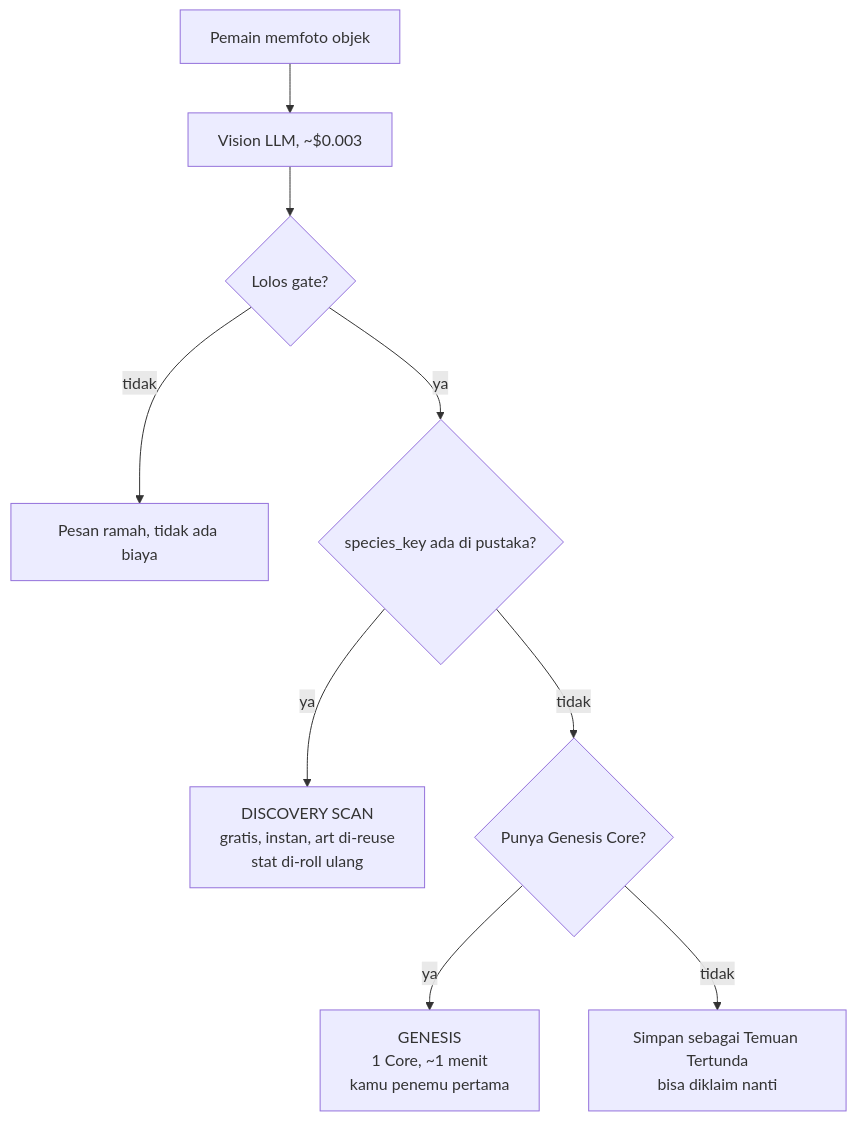
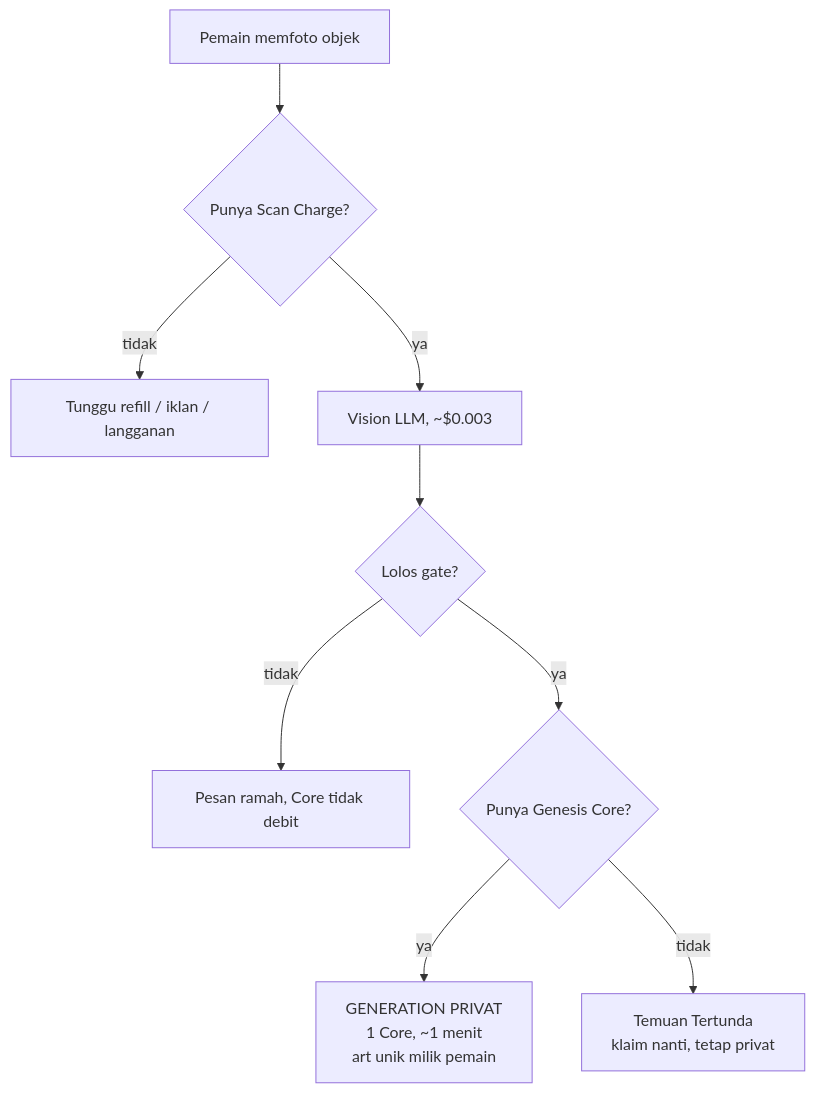
The first of 4 diagrams in docs/04-game-systems-economy.md (ryansetia1/Scanima), drawn with Mermaid before and after one commit. The commit also changed other lines of this file and 108 other files, not shown here.

````diff
--- a/docs/04-game-systems-economy.md
+++ b/docs/04-game-systems-economy.md
@@ -32,11 +39,11 @@
 ```mermaid
 graph TD
-    Foto["Pemain memfoto objek"] --> V["Vision LLM, ~$0.003"]
+    Foto["Pemain memfoto objek"] --> SC{"Punya Scan Charge?"}
+    SC -->|tidak| TolakSC["Tunggu refill / iklan / langganan"]
+    SC -->|ya| V["Vision LLM, ~$0.003"]
     V --> Gate{"Lolos gate?"}
-    Gate -->|tidak| Tolak["Pesan ramah, tidak ada biaya"]
-    Gate -->|ya| Cek{"species_key ada di pustaka?"}
-    Cek -->|ya| Scan["DISCOVERY SCAN<br/>gratis, instan, art di-reuse<br/>stat di-roll ulang"]
-    Cek -->|tidak| Core{"Punya Genesis Core?"}
-    Core -->|ya| Gen["GENESIS<br/>1 Core, ~1 menit<br/>kamu penemu pertama"]
-    Core -->|tidak| Simpan["Simpan sebagai Temuan Tertunda<br/>bisa diklaim nanti"]
+    Gate -->|tidak| Tolak["Pesan ramah, Core tidak debit"]
+    Gate -->|ya| Core{"Punya Genesis Core?"}
+    Core -->|ya| Gen["GENERATION PRIVAT<br/>1 Core, ~1 menit<br/>art unik milik pemain"]
+    Core -->|tidak| Simpan["Temuan Tertunda<br/>klaim nanti, tetap privat"]
 ```
````
